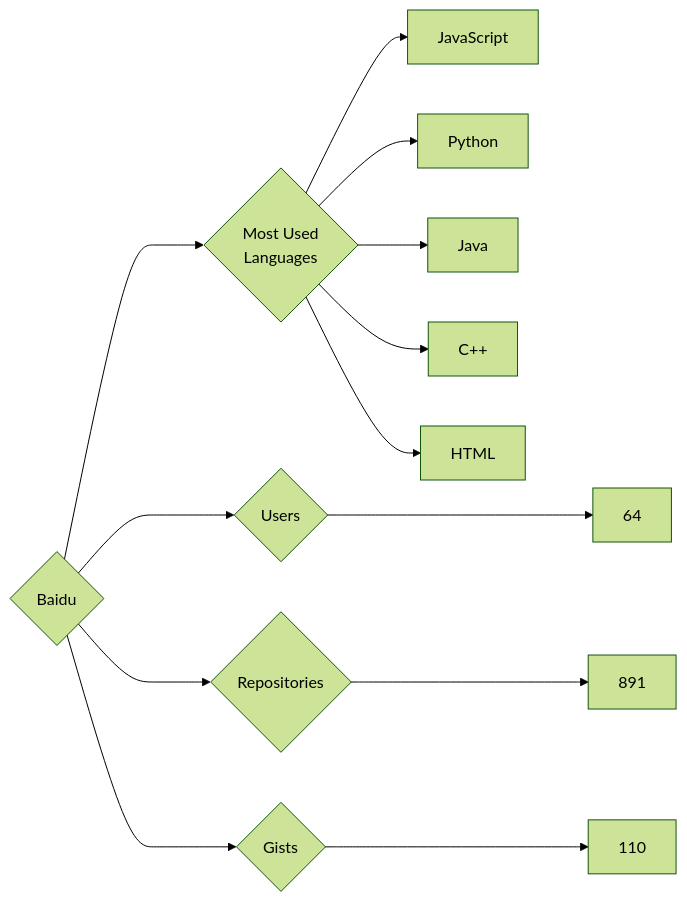
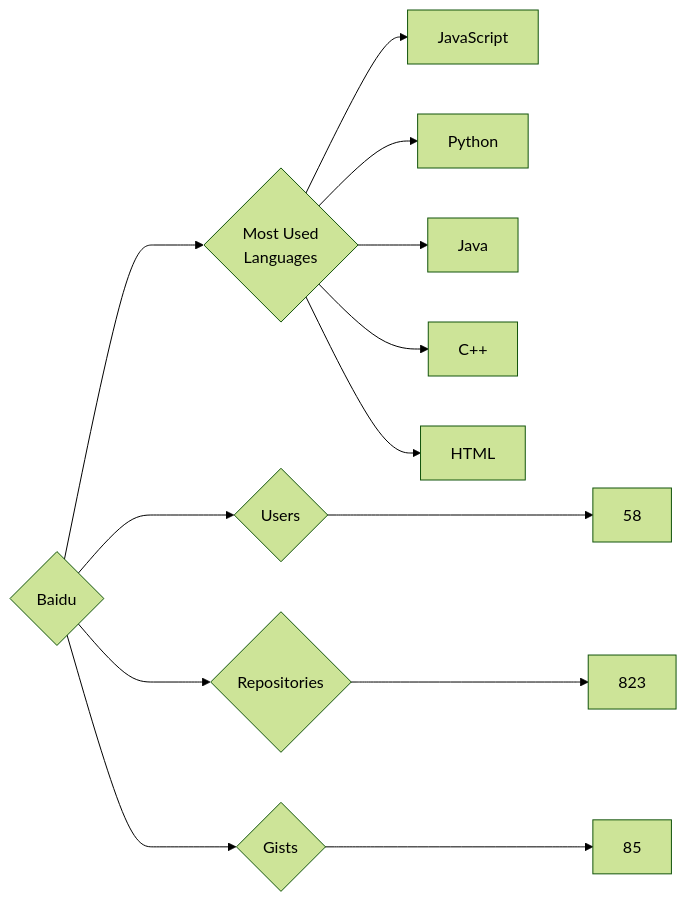
The diagram in targets/Baidu/README.md (trickest/insiders), drawn with Mermaid (forest theme) before and after one commit. The commit also changed 786 other files, not shown here.

````diff
--- a/targets/Baidu/README.md
+++ b/targets/Baidu/README.md
@@ -3,13 +3,13 @@
 ```mermaid
 graph LR
 COMPANY_NAME{Baidu}
-COMPANY_NAME ---> U{Users} ---> UN[64]
-COMPANY_NAME ---> R{Repositories} ---> RN[891]
-COMPANY_NAME ---> G{Gists} ---> GN[110]
+COMPANY_NAME ---> U{Users} ---> UN[58]
+COMPANY_NAME ---> R{Repositories} ---> RN[823]
+COMPANY_NAME ---> G{Gists} ---> GN[85]
 COMPANY_NAME ---> ML{Most Used<br>Languages}
 ML --> JavaScript[JavaScript]
 ML --> Python[Python]
 ML --> Java[Java]
 ML --> C++[C++]
 ML --> HTML[HTML]
 ```
````
